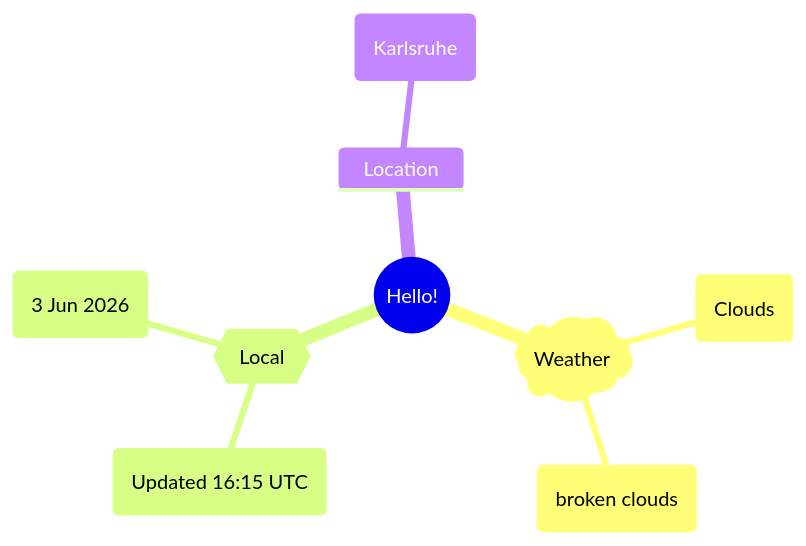
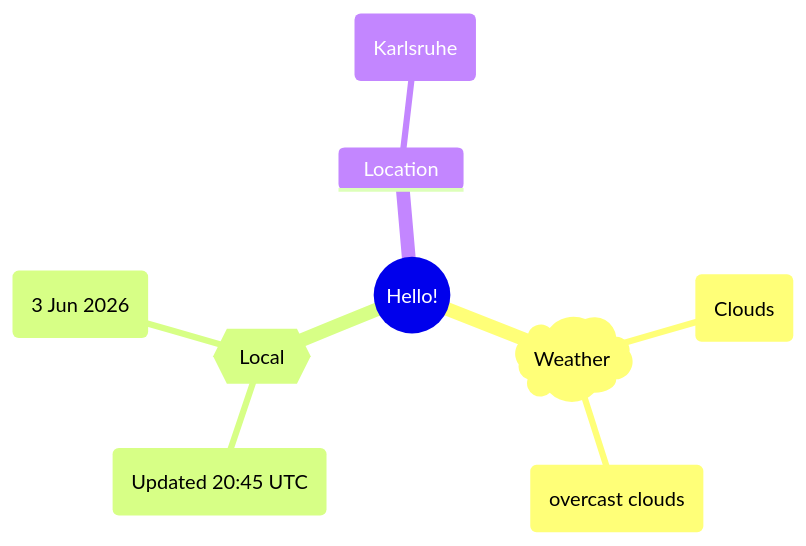
Before and after one commit to Xosrov/Xosrov: the first of 2 diagrams in README.md, drawn with Mermaid.

Commit message:
[bot] updated images

````diff
--- a/README.md
+++ b/README.md
@@ -3,12 +3,12 @@
 ```mermaid
 mindmap
   root((Hello!))
     )Weather(
         (Clouds)
-        (broken clouds)
+        (overcast clouds)
     {{Local}}
-        (Updated 16:15 UTC)
+        (Updated 20:45 UTC)
         (3 Jun 2026)
     Location
         (Karlsruhe)
 ```
````
